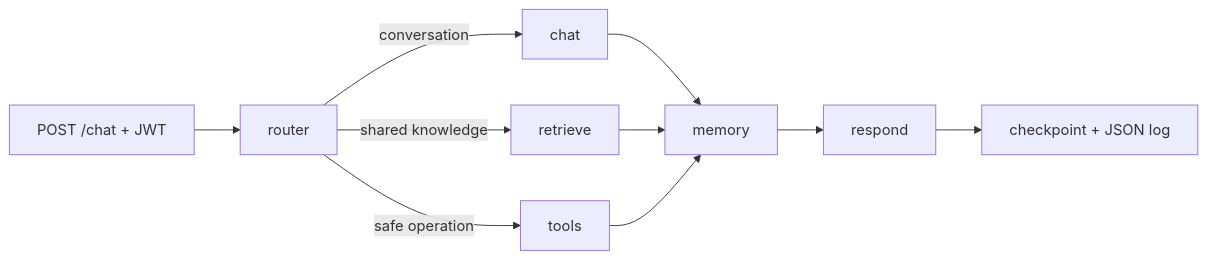
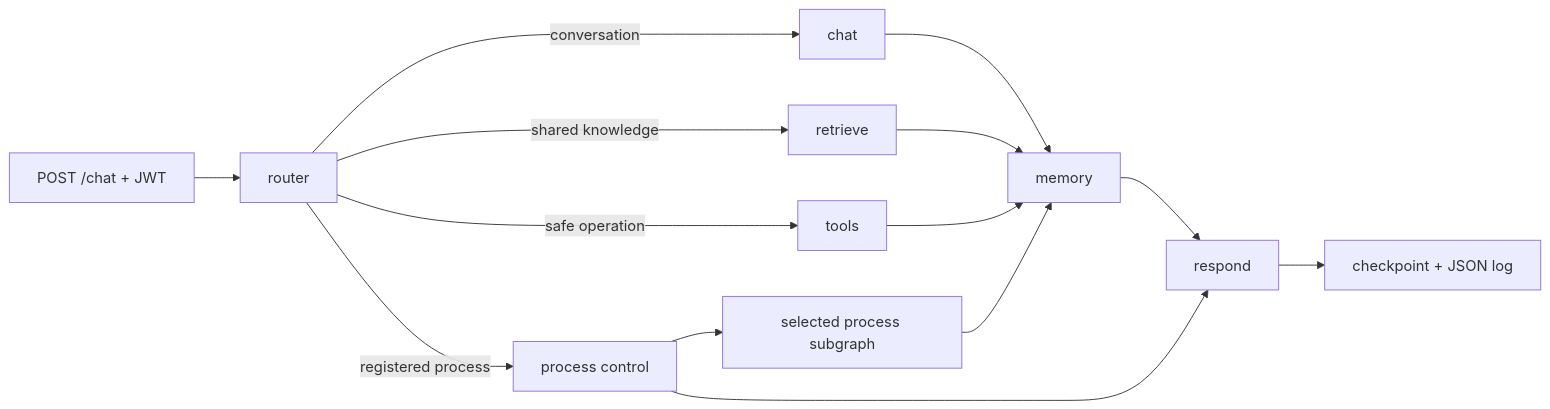
Before and after one commit to tonjk/chatbot-multi-node-template: the diagram in README.md, drawn with Mermaid. The commit also changed other lines of this file and 19 other files, not shown here.

````diff
--- a/README.md
+++ b/README.md
@@ -5,12 +5,16 @@
 ```mermaid
 flowchart LR
   A["POST /chat + JWT"] --> B["router"]
   B -->|"conversation"| C["chat"]
   B -->|"shared knowledge"| D["retrieve"]
   B -->|"safe operation"| E["tools"]
+  B -->|"registered process"| P["process control"]
+  P --> Q["selected process subgraph"]
   C --> F["memory"]
   D --> F
   E --> F
+  Q --> F
   F --> G["respond"]
+  P --> G
   G --> H["checkpoint + JSON log"]
 ```
````
